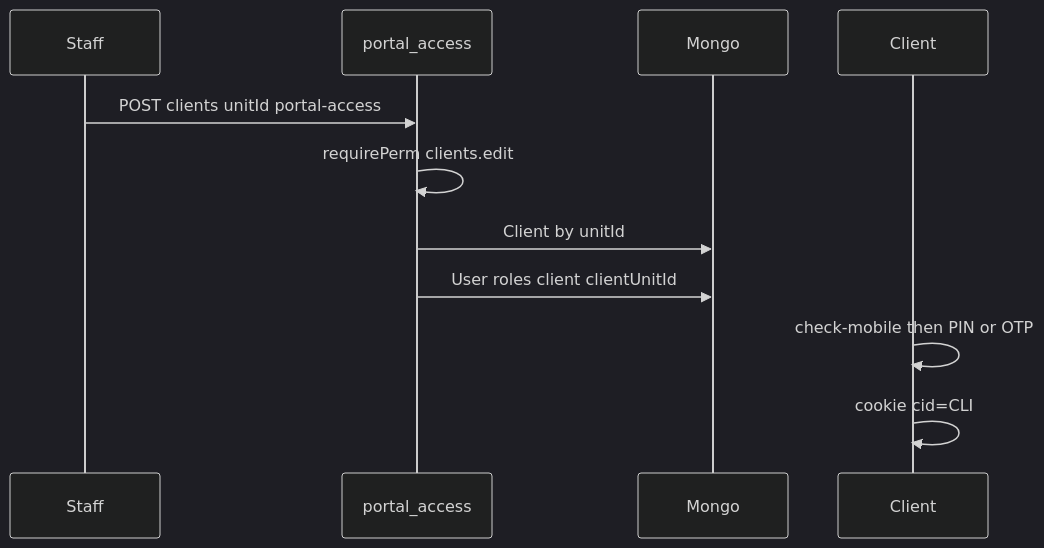
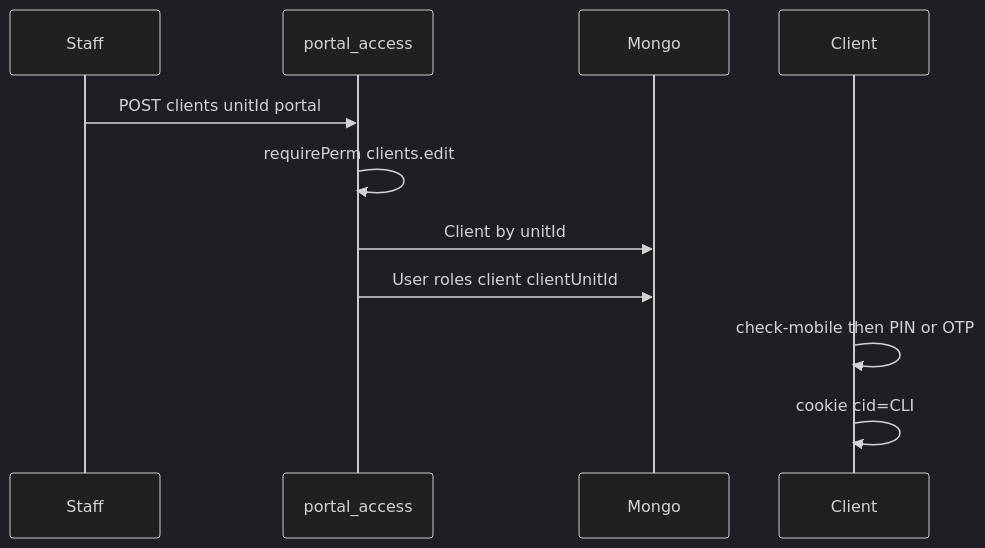
One commit to psmpasupathi009/mlf changed diagram 11 of 21 in docs/site-architecture.md. Above: the diagram before and after it, drawn with Mermaid (dark theme). The commit also changed other lines of this file and 9 other files, not shown here.

Commit message:
fixed login flow

````diff
--- a/docs/site-architecture.md
+++ b/docs/site-architecture.md
@@ -805,13 +805,13 @@
 ```mermaid
 sequenceDiagram
   participant S as Staff
   participant PA as portal_access
   participant DB as Mongo
   participant C as Client
-  S->>PA: POST clients unitId portal-access
+  S->>PA: POST clients unitId portal
   PA->>PA: requirePerm clients.edit
   PA->>DB: Client by unitId
   PA->>DB: User roles client clientUnitId
   C->>C: check-mobile then PIN or OTP
   C->>C: cookie cid=CLI
 ```
````
